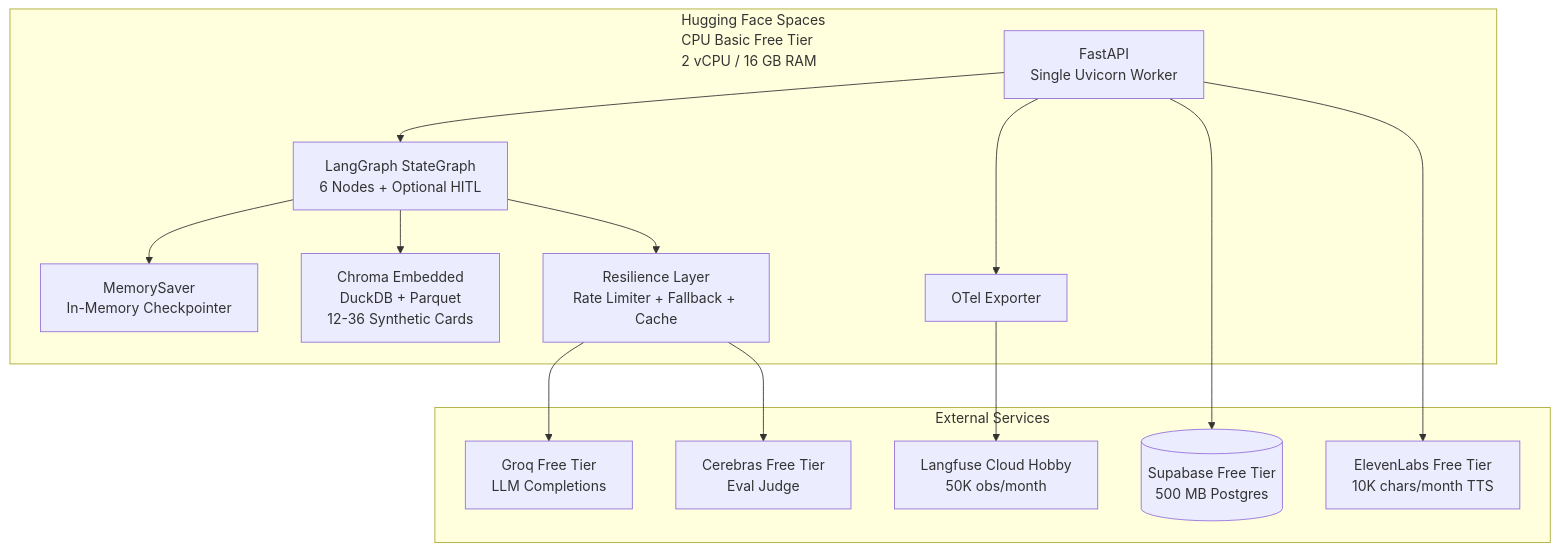
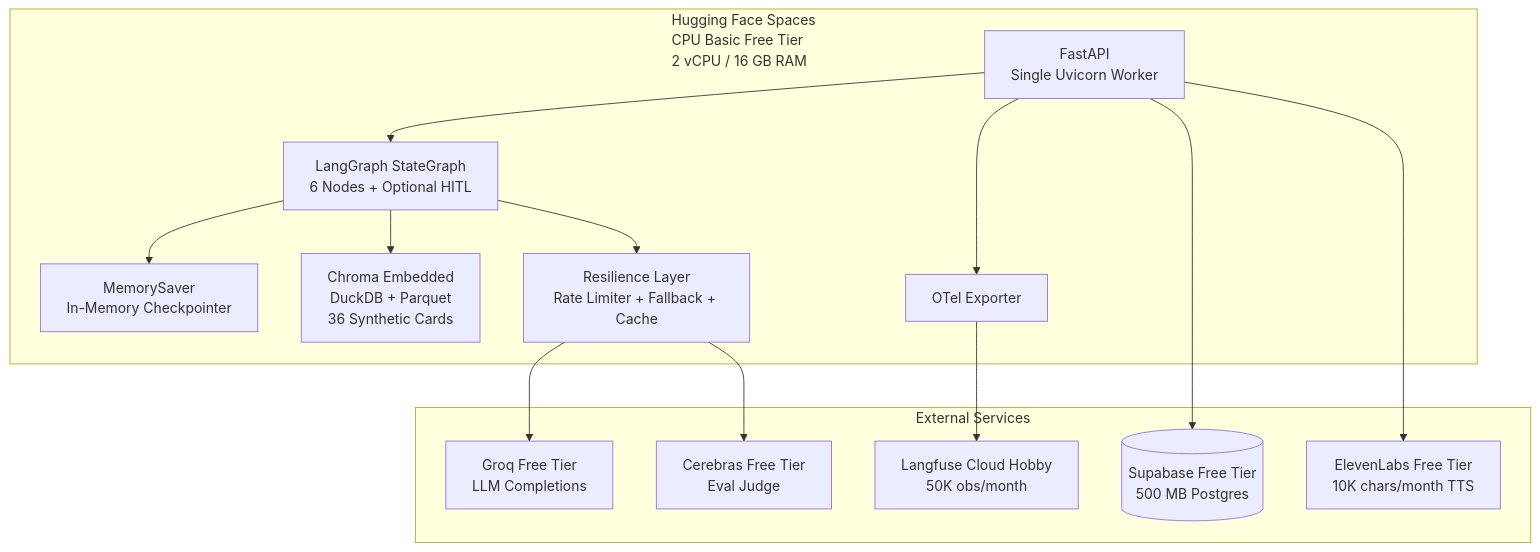
One commit to SzematPro/ai-agent-eval-harness-healthtech-docs changed the second of 5 diagrams in src/content/docs/en/reference/enterprise-agent-stack.md. Above: the diagram before and after it, drawn with Mermaid. The commit also changed other lines of this file and 38 other files, not shown here.

````diff
--- a/src/content/docs/en/reference/enterprise-agent-stack.md
+++ b/src/content/docs/en/reference/enterprise-agent-stack.md
@@ -64,30 +64,30 @@
 ```mermaid
 graph TB
     subgraph HF Spaces["Hugging Face Spaces<br/>CPU Basic Free Tier<br/>2 vCPU / 16 GB RAM"]
         FastAPI[FastAPI<br/>Single Uvicorn Worker]
         Graph[LangGraph StateGraph<br/>6 Nodes + Optional HITL]
         MemorySaver[MemorySaver<br/>In-Memory Checkpointer]
-        Chroma[Chroma Embedded<br/>DuckDB + Parquet<br/>12-36 Synthetic Cards]
+        Chroma[Chroma Embedded<br/>DuckDB + Parquet<br/>36 Synthetic Cards]
         Resilience[Resilience Layer<br/>Rate Limiter + Fallback + Cache]
         OTel[OTel Exporter]
     end
 
     subgraph External["External Services"]
         Groq[Groq Free Tier<br/>LLM Completions]
         Cerebras[Cerebras Free Tier<br/>Eval Judge]
         Langfuse[Langfuse Cloud Hobby<br/>50K obs/month]
         Supabase[(Supabase Free Tier<br/>500 MB Postgres)]
         ElevenLabs[ElevenLabs Free Tier<br/>10K chars/month TTS]
     end
 
     FastAPI --> Graph
     Graph --> MemorySaver
     Graph --> Chroma
     Graph --> Resilience
     Resilience --> Groq
     Resilience --> Cerebras
     FastAPI --> OTel
     OTel --> Langfuse
     FastAPI --> Supabase
     FastAPI --> ElevenLabs
 ```
````
